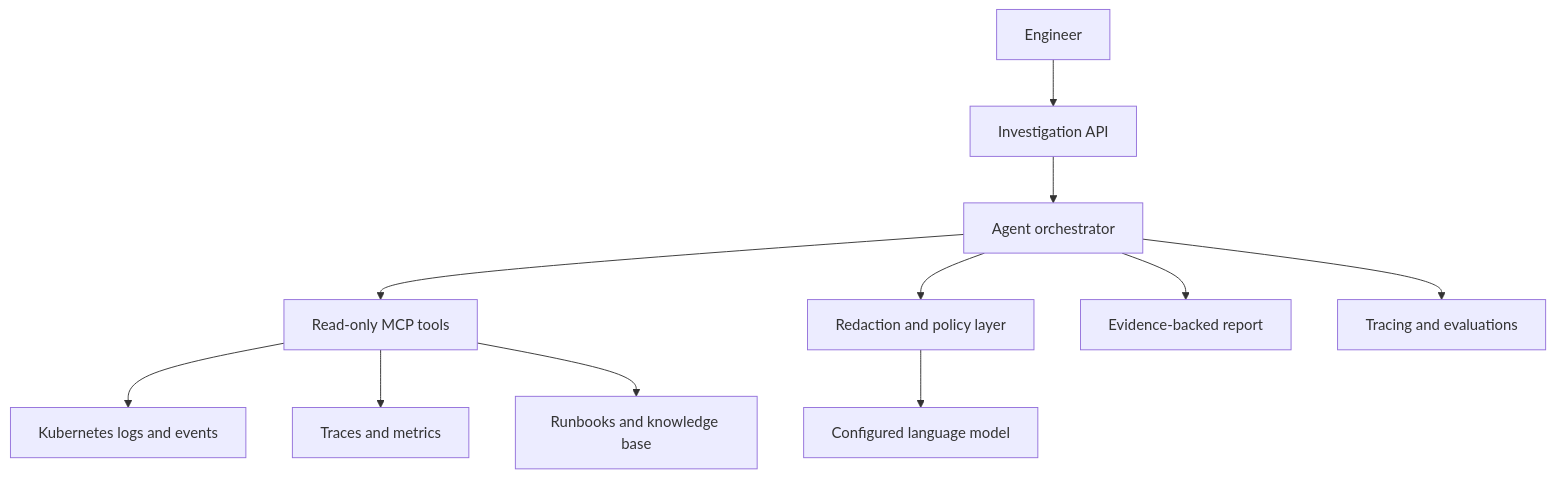
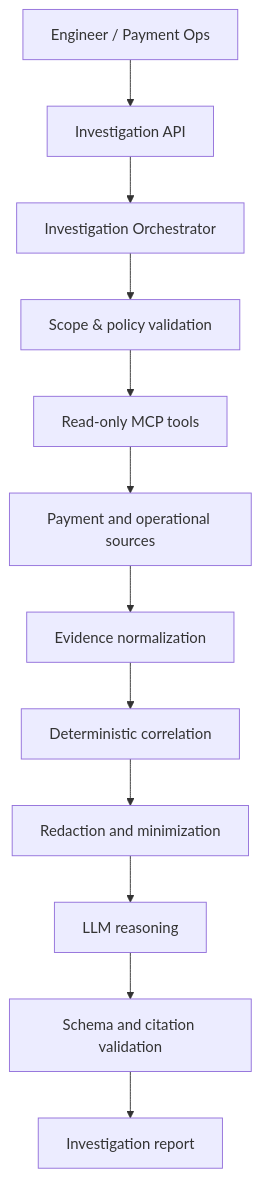
Before and after one commit to wisdom99/paylens-ops-ai: the diagram in README.md, drawn with Mermaid. The commit also changed other lines of this file and 4 other files, not shown here.

First line of the commit message:
Reposition PayLens as an evidence-first payment investigation platform (#1)

````diff
--- a/README.md
+++ b/README.md
@@ -130,13 +76,14 @@
 ```mermaid
 flowchart TD
-    U["Engineer"] --> API["Investigation API"]
-    API --> ORCH["Agent orchestrator"]
-    ORCH --> MCP["Read-only MCP tools"]
-    MCP --> K8S["Kubernetes logs and events"]
-    MCP --> OBS["Traces and metrics"]
-    MCP --> KB["Runbooks and knowledge base"]
-    ORCH --> SAFE["Redaction and policy layer"]
-    SAFE --> LLM["Configured language model"]
-    ORCH --> REPORT["Evidence-backed report"]
-    ORCH --> EVAL["Tracing and evaluations"]
+    U["Engineer / Payment Ops"] --> A["Investigation API"]
+    A --> O["Investigation Orchestrator"]
+    O --> P["Scope & policy validation"]
+    P --> M["Read-only MCP tools"]
+    M --> S["Payment and operational sources"]
+    S --> E["Evidence normalization"]
+    E --> C["Deterministic correlation"]
+    C --> R["Redaction and minimization"]
+    R --> L["LLM reasoning"]
+    L --> V["Schema and citation validation"]
+    V --> I["Investigation report"]
 ```
````
